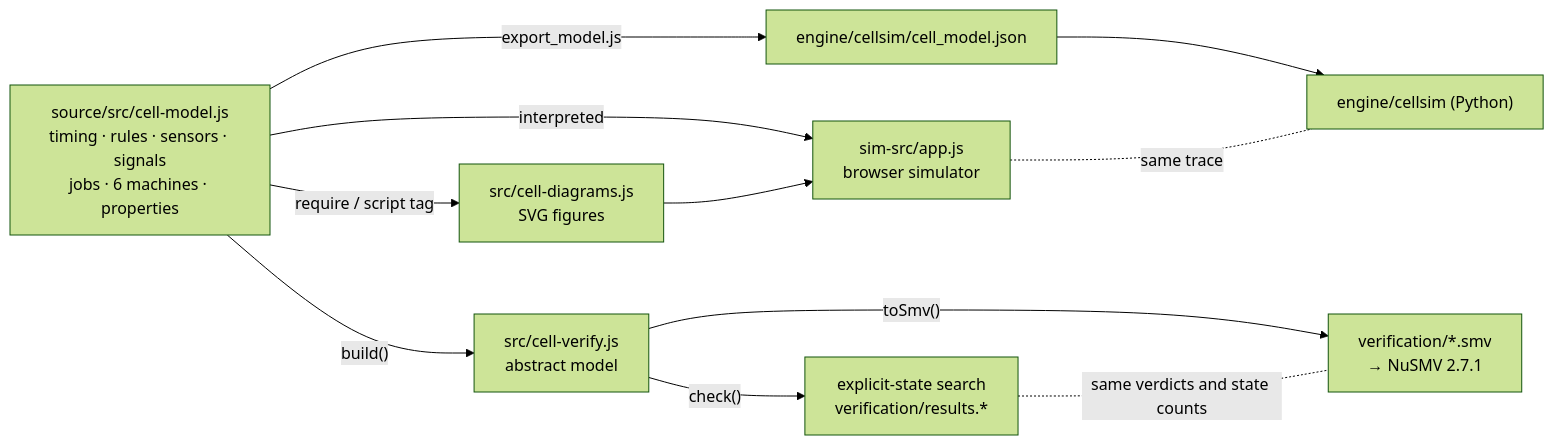
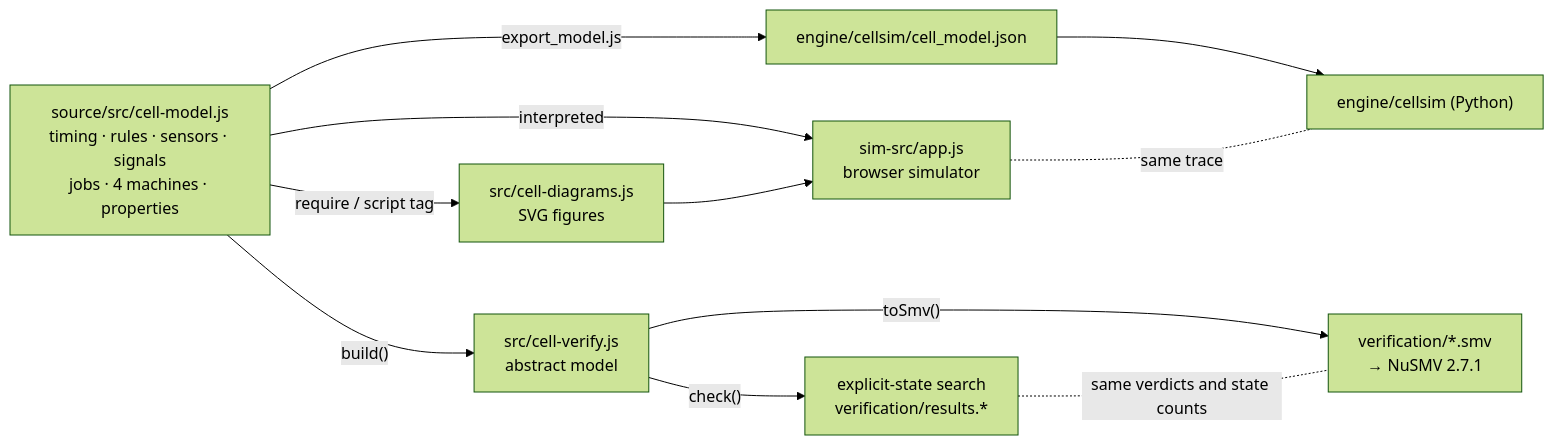
One commit to juanlopez-gif/CNC-Cell-Simulator changed the diagram in PROJECT_STATUS.md. Above: the diagram before and after it, drawn with Mermaid (forest theme). The commit also changed other lines of this file and 11 other files, not shown here.

````diff
--- a/PROJECT_STATUS.md
+++ b/PROJECT_STATUS.md
@@ -176,14 +177,14 @@
 ```mermaid
 flowchart LR
-  M["source/src/cell-model.js<br/>timing · rules · sensors · signals<br/>jobs · 6 machines · properties"]
+  M["source/src/cell-model.js<br/>timing · rules · sensors · signals<br/>jobs · 4 machines · properties"]
   M -->|"require / script tag"| D["src/cell-diagrams.js<br/>SVG figures"]
   M -->|"interpreted"| S["sim-src/app.js<br/>browser simulator"]
   M -->|"build()"| V["src/cell-verify.js<br/>abstract model"]
   V -->|"check()"| R["explicit-state search<br/>verification/results.*"]
   V -->|"toSmv()"| N["verification/*.smv<br/>→ NuSMV 2.7.1"]
   M -->|"export_model.js"| J["engine/cellsim/cell_model.json"]
   J --> P["engine/cellsim (Python)"]
   D --> S
   S -. "same trace" .- P
   R -. "same verdicts and state counts" .- N
 ```
````
